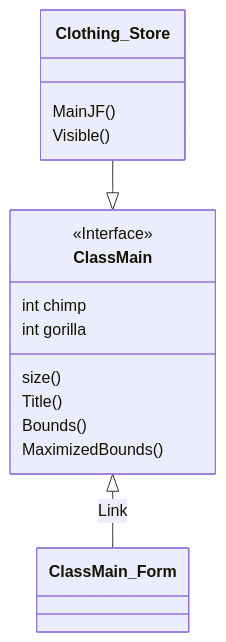
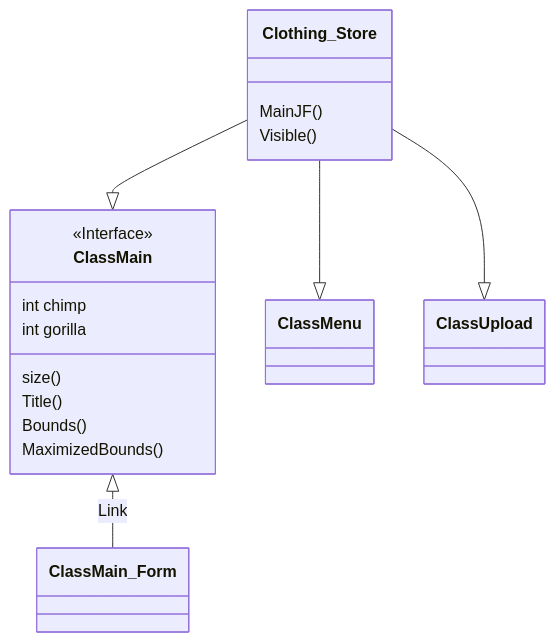
The third of 3 diagrams in README.md (kawin101/Java_GUI_CRUD_CSV), drawn with Mermaid before and after one commit.

````diff
--- a/README.md
+++ b/README.md
@@ -33,15 +33,17 @@
 ```mermaid
 classDiagram
 ClassMain <|-- ClassMain_Form : Link
 <<Interface>> ClassMain
 Clothing_Store --|> ClassMain
+Clothing_Store --|> ClassMenu
+Clothing_Store --|> ClassUpload
 Clothing_Store : MainJF()
 Clothing_Store : Visible()
 ClassMain : size()
 ClassMain : Title()
 ClassMain : Bounds()
 ClassMain : MaximizedBounds()
 ClassMain : int chimp
 ClassMain : int gorilla
 
 ```
````
